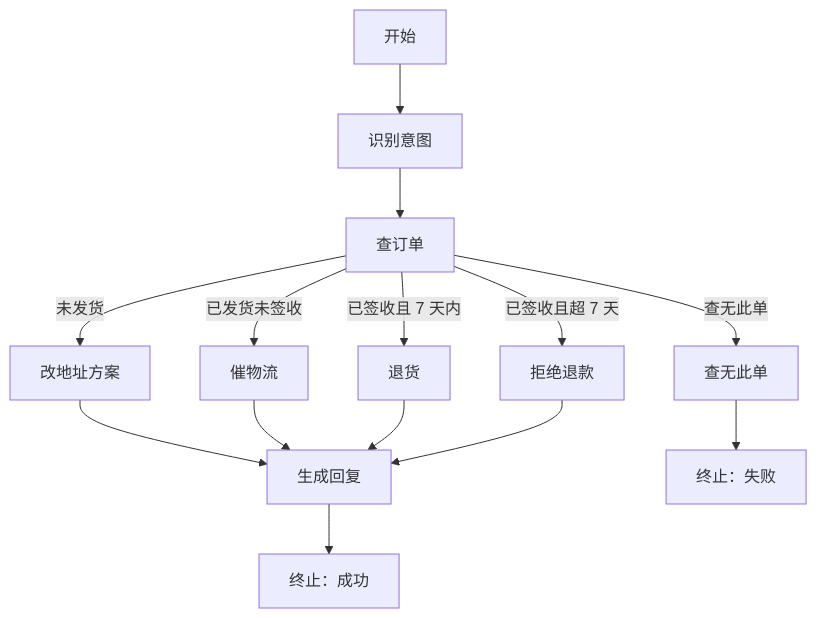
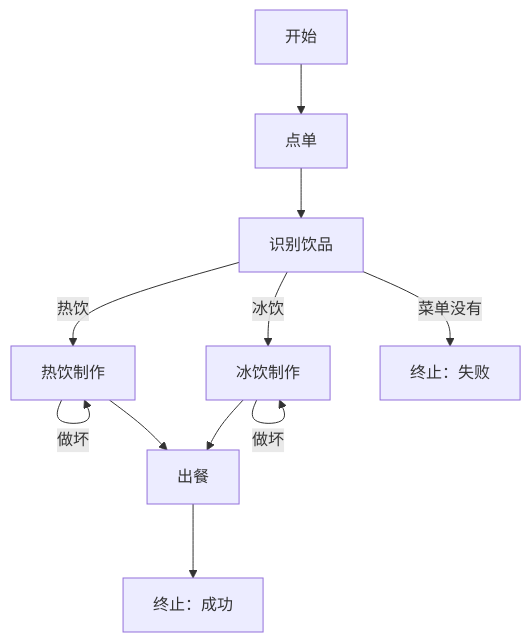
Before and after one commit to 8696/ai-agents-learning: the diagram in docs/学习模块/11-Agent-State-Workflow/01-状态机.md, drawn with Mermaid. The commit also changed other lines of this file and 51 other files, not shown here.

````diff
--- a/docs/学习模块/11-Agent-State-Workflow/01-状态机.md
+++ b/docs/学习模块/11-Agent-State-Workflow/01-状态机.md
@@ -47,16 +217,13 @@
 ```mermaid
 flowchart TD
-  start[开始] --> identify[识别意图]
-  identify --> lookup[查订单]
-  lookup -->|未发货| changeAddr[改地址方案]
-  lookup -->|已发货未签收| urge[催物流]
-  lookup -->|已签收且 7 天内| refund[退货]
-  lookup -->|已签收且超 7 天| reject[拒绝退款]
-  lookup -->|查无此单| notFound[查无此单]
-  changeAddr --> draft[生成回复]
-  urge --> draft
-  refund --> draft
-  reject --> draft
-  notFound --> failEnd[终止：失败]
-  draft --> okEnd[终止：成功]
+  start[开始] --> takeOrder[点单]
+  takeOrder --> classifyDrink[识别饮品]
+  classifyDrink -->|热饮| brewHot[热饮制作]
+  classifyDrink -->|冰饮| brewIced[冰饮制作]
+  classifyDrink -->|菜单没有| failEnd[终止：失败]
+  brewHot -->|做坏| brewHot
+  brewHot --> serve[出餐]
+  brewIced -->|做坏| brewIced
+  brewIced --> serve
+  serve --> okEnd[终止：成功]
 ```
````
